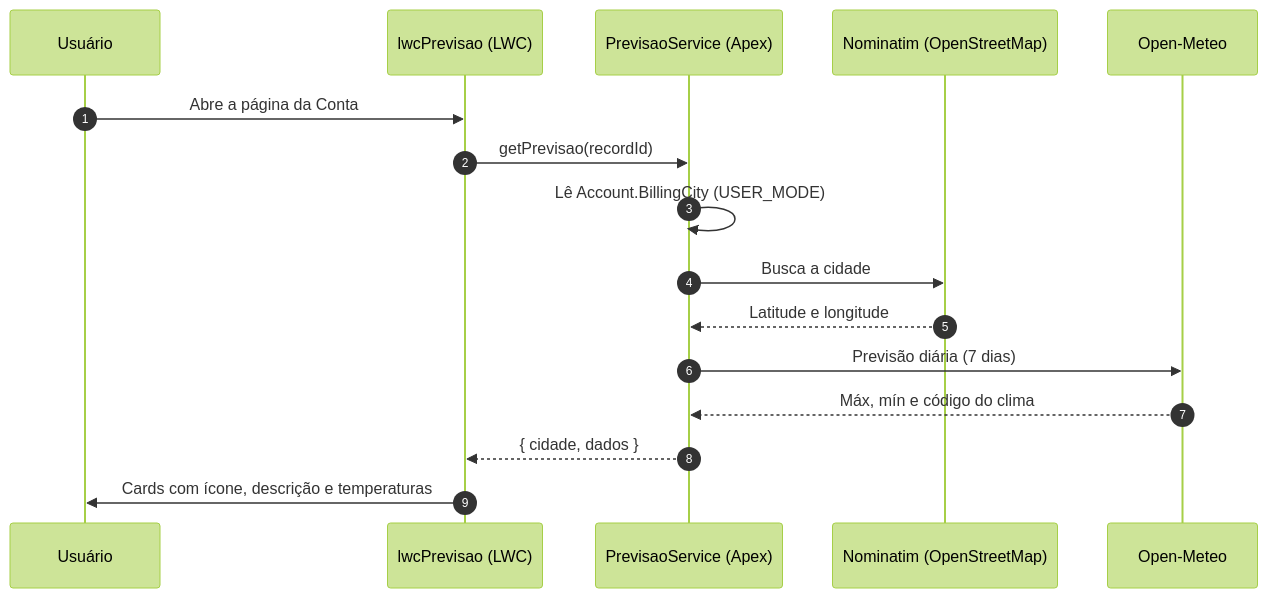
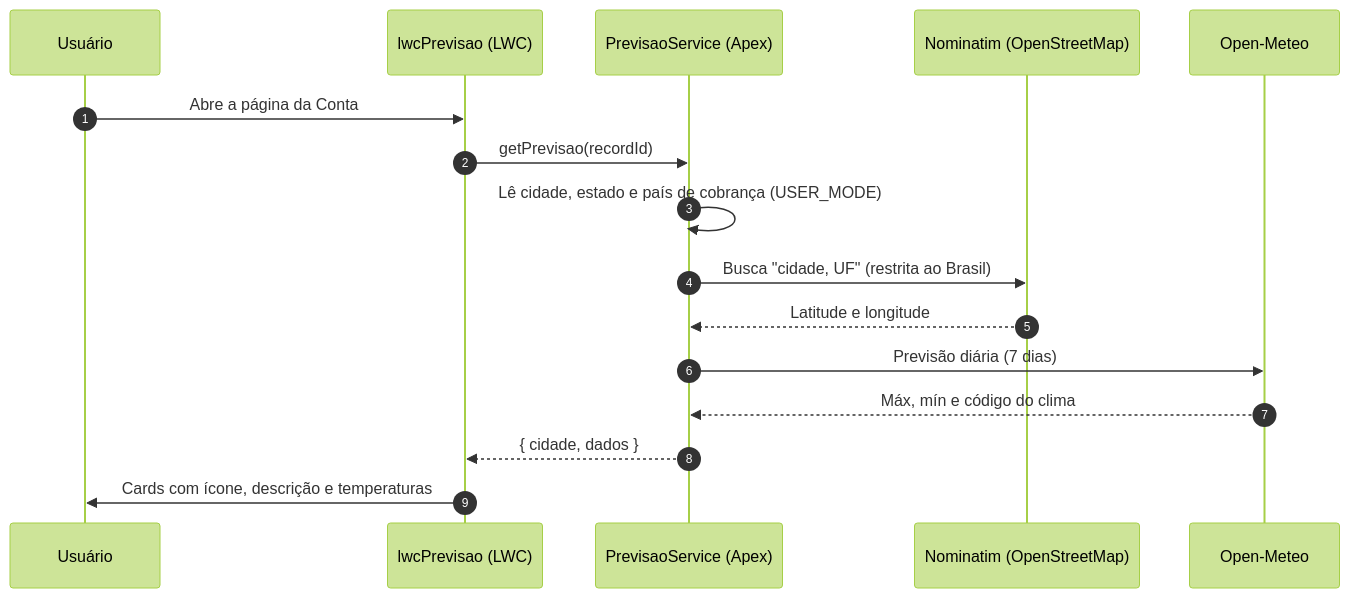
One commit to Manoel-Fr/Salesforce_PrevisaoTempo changed the diagram in README.md. Above: the diagram before and after it, drawn with Mermaid (forest theme). The commit also changed other lines of this file and 2 other files, not shown here.

First line of the commit message:
Geocoding usa estado e país da conta e restringe ao Brasil

````diff
--- a/README.md
+++ b/README.md
@@ -34,19 +34,19 @@
 ```mermaid
 sequenceDiagram
     autonumber
     participant U as Usuário
     participant L as lwcPrevisao (LWC)
     participant A as PrevisaoService (Apex)
     participant N as Nominatim (OpenStreetMap)
     participant M as Open-Meteo
 
     U->>L: Abre a página da Conta
     L->>A: getPrevisao(recordId)
-    A->>A: Lê Account.BillingCity (USER_MODE)
-    A->>N: Busca a cidade
+    A->>A: Lê cidade, estado e país de cobrança (USER_MODE)
+    A->>N: Busca "cidade, UF" (restrita ao Brasil)
     N-->>A: Latitude e longitude
     A->>M: Previsão diária (7 dias)
     M-->>A: Máx, mín e código do clima
     A-->>L: { cidade, dados }
     L->>U: Cards com ícone, descrição e temperaturas
 ```
````
